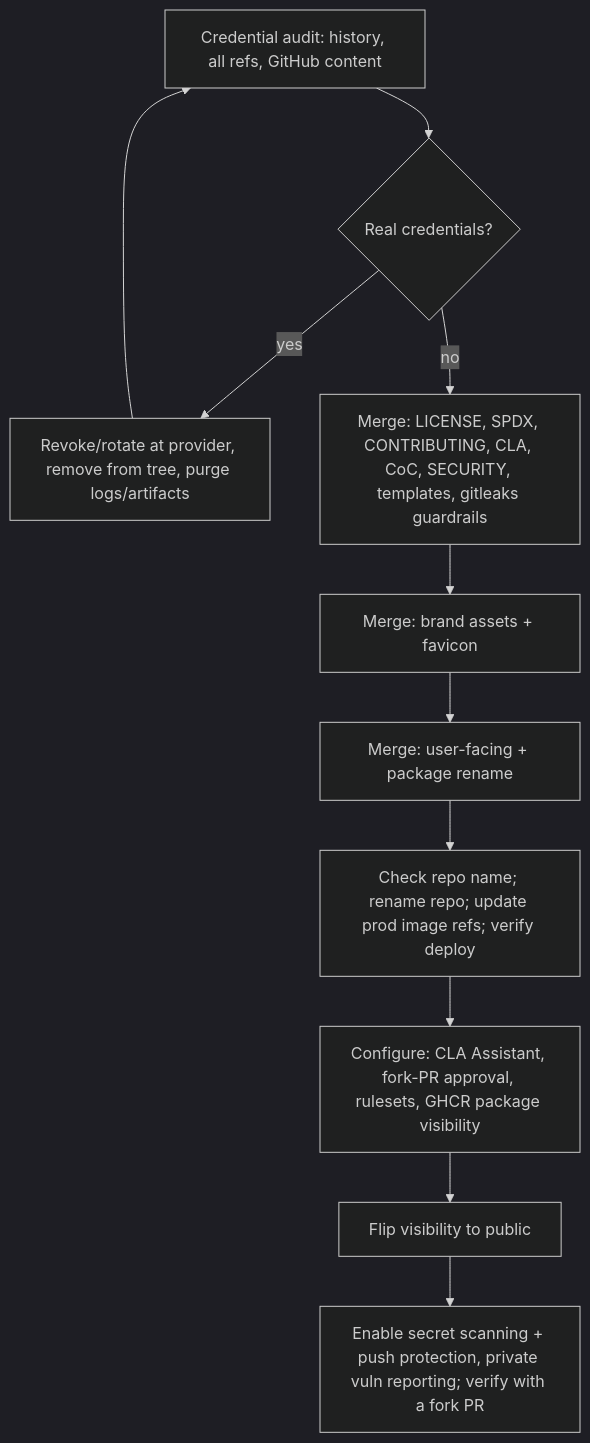
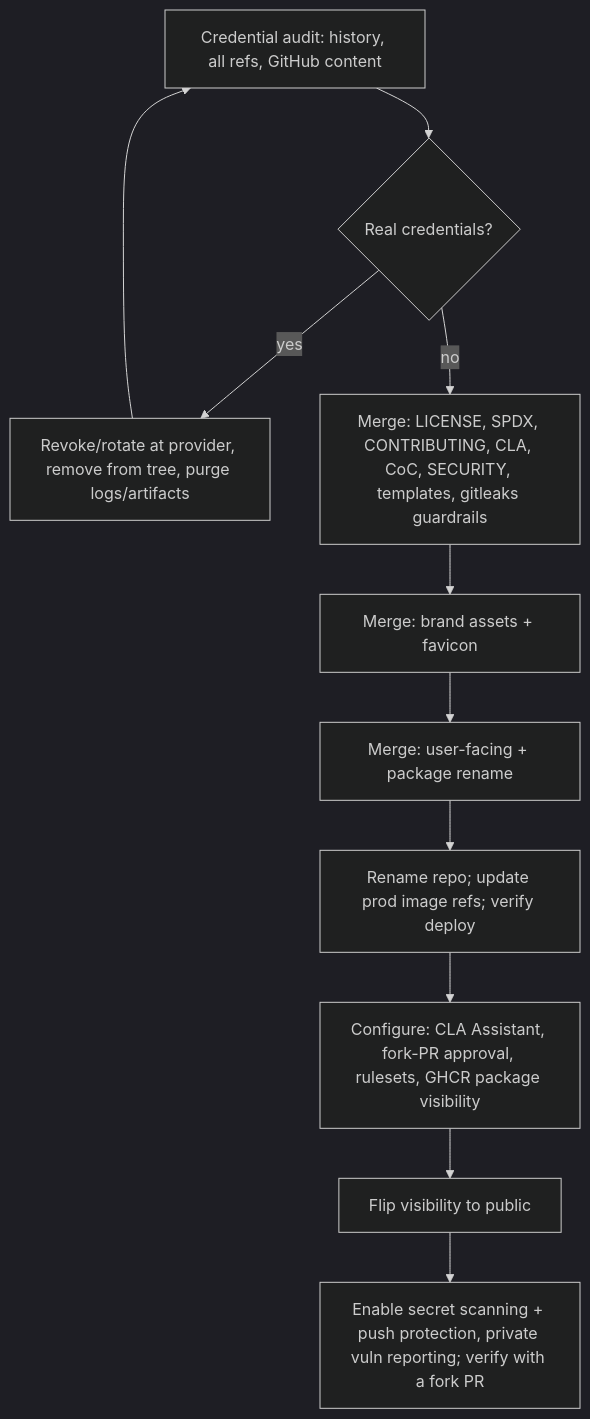
One commit to hjed/lifecontour changed the diagram in docs/product-specifications/open-source-release-and-branding-product-specification.md. Above: the diagram before and after it, drawn with Mermaid (dark theme). The commit also changed other lines of this file and 1 other file, not shown here.

First line of the commit message:
docs: record the lifecontour repository name as confirmed

````diff
--- a/docs/product-specifications/open-source-release-and-branding-product-specification.md
+++ b/docs/product-specifications/open-source-release-and-branding-product-specification.md
@@ -421,12 +421,12 @@
 ```mermaid
 flowchart TD
   A[Credential audit: history, all refs, GitHub content] --> B{Real credentials?}
   B -- yes --> C[Revoke/rotate at provider, remove from tree, purge logs/artifacts] --> A
   B -- no --> D[Merge: LICENSE, SPDX, CONTRIBUTING, CLA, CoC, SECURITY, templates, gitleaks guardrails]
   D --> E[Merge: brand assets + favicon]
   E --> F[Merge: user-facing + package rename]
-  F --> G[Check repo name; rename repo; update prod image refs; verify deploy]
+  F --> G[Rename repo; update prod image refs; verify deploy]
   G --> H[Configure: CLA Assistant, fork-PR approval, rulesets, GHCR package visibility]
   H --> I[Flip visibility to public]
   I --> J[Enable secret scanning + push protection, private vuln reporting; verify with a fork PR]
 ```
````
